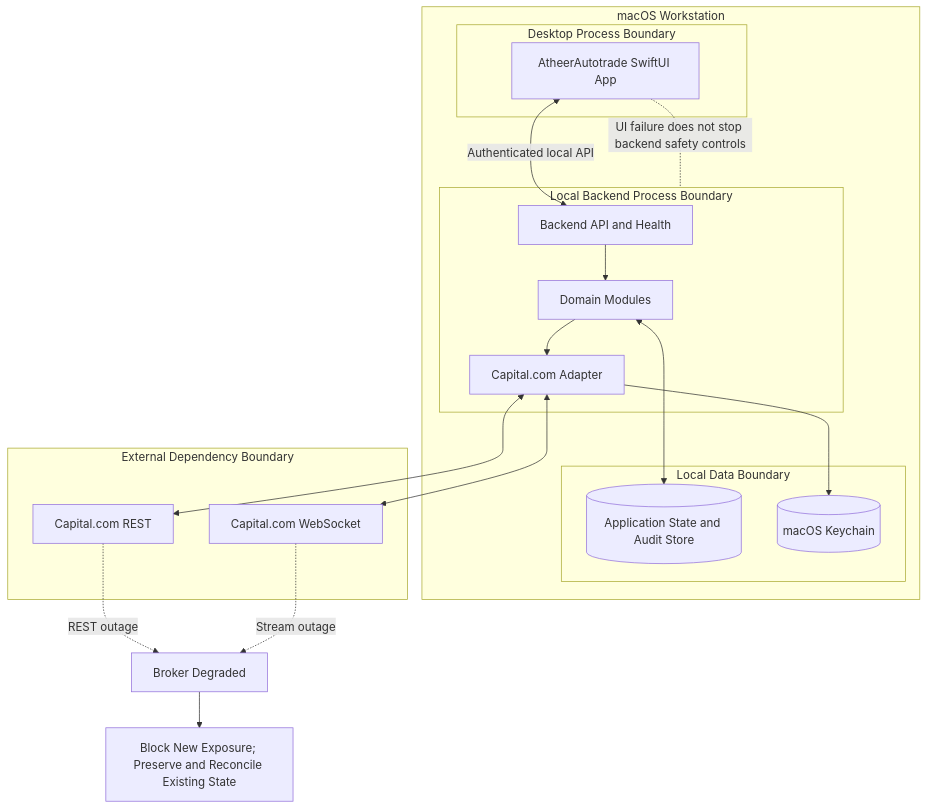
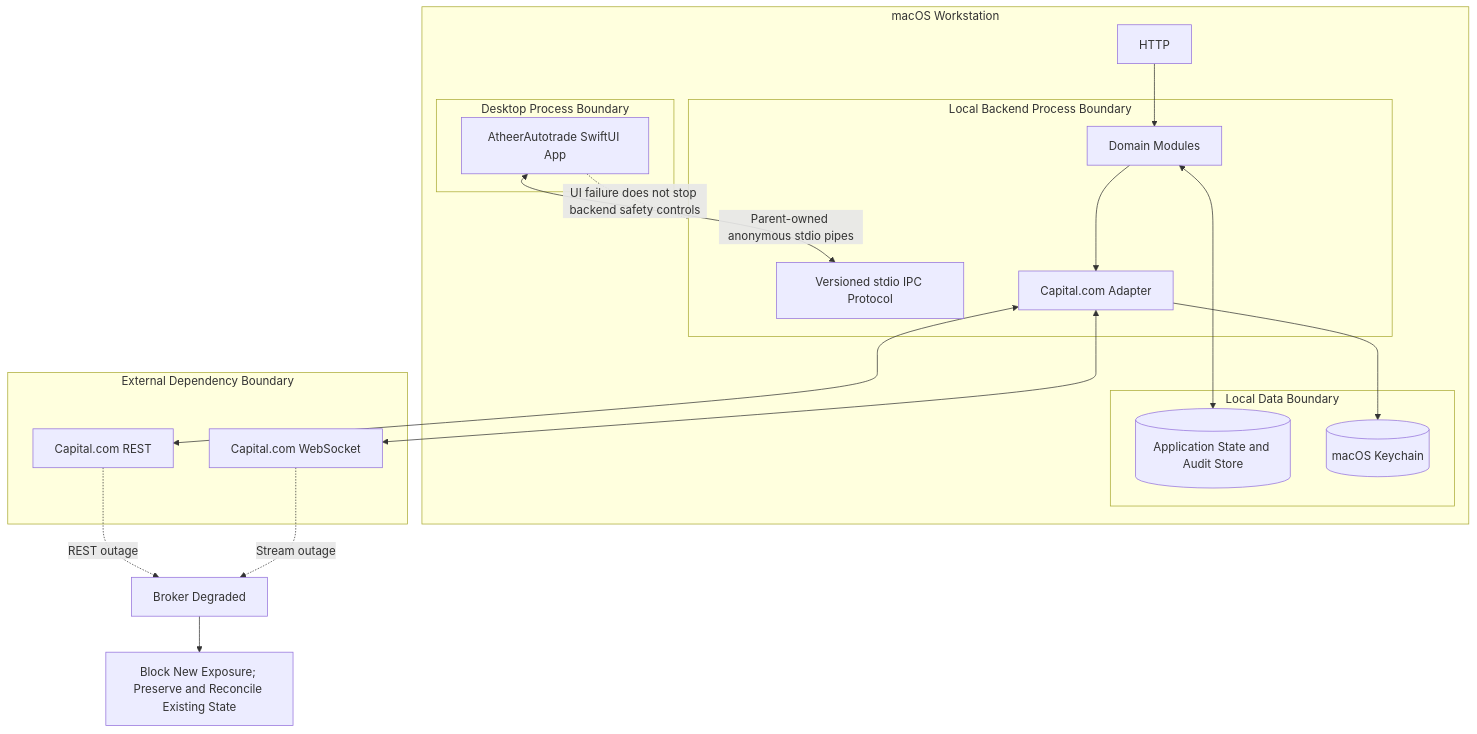
The tenth of 10 diagrams in docs/architecture/diagrams/README.md (atheertrading/AtheerAutotrade), drawn with Mermaid before and after one commit. The commit also changed other lines of this file, not shown here.

Commit message:
docs(architecture): align trust-boundary diagrams with stdio IPC

````diff
--- a/docs/architecture/diagrams/README.md
+++ b/docs/architecture/diagrams/README.md
@@ -337,34 +339,34 @@
 ```mermaid
 flowchart TB
     subgraph HOST["macOS Workstation"]
         subgraph DESKTOP["Desktop Process Boundary"]
             APP["AtheerAutotrade SwiftUI App"]
         end
         subgraph SERVICE["Local Backend Process Boundary"]
-            HTTP["Backend API and Health"]
+            IPC["Versioned stdio IPC Protocol"]
             MODULES["Domain Modules"]
             ADAPTER["Capital.com Adapter"]
         end
         subgraph DATA["Local Data Boundary"]
             DB[("Application State and Audit Store")]
             SECRETS[("macOS Keychain")]
         end
-        APP <-->|Authenticated local API| HTTP
+        APP <-->|Parent-owned anonymous stdio pipes| IPC
         HTTP --> MODULES
         MODULES --> ADAPTER
         MODULES <--> DB
         ADAPTER --> SECRETS
     end
 
     subgraph EXTERNAL["External Dependency Boundary"]
         REST["Capital.com REST"]
         SOCKET["Capital.com WebSocket"]
     end
     ADAPTER <--> REST
     ADAPTER <--> SOCKET
 
     APP -. "UI failure does not stop backend safety controls" .- SERVICE
     REST -. "REST outage" .-> DEGRADED["Broker Degraded"]
     SOCKET -. "Stream outage" .-> DEGRADED
     DEGRADED --> SAFE["Block New Exposure; Preserve and Reconcile Existing State"]
 ```
````
